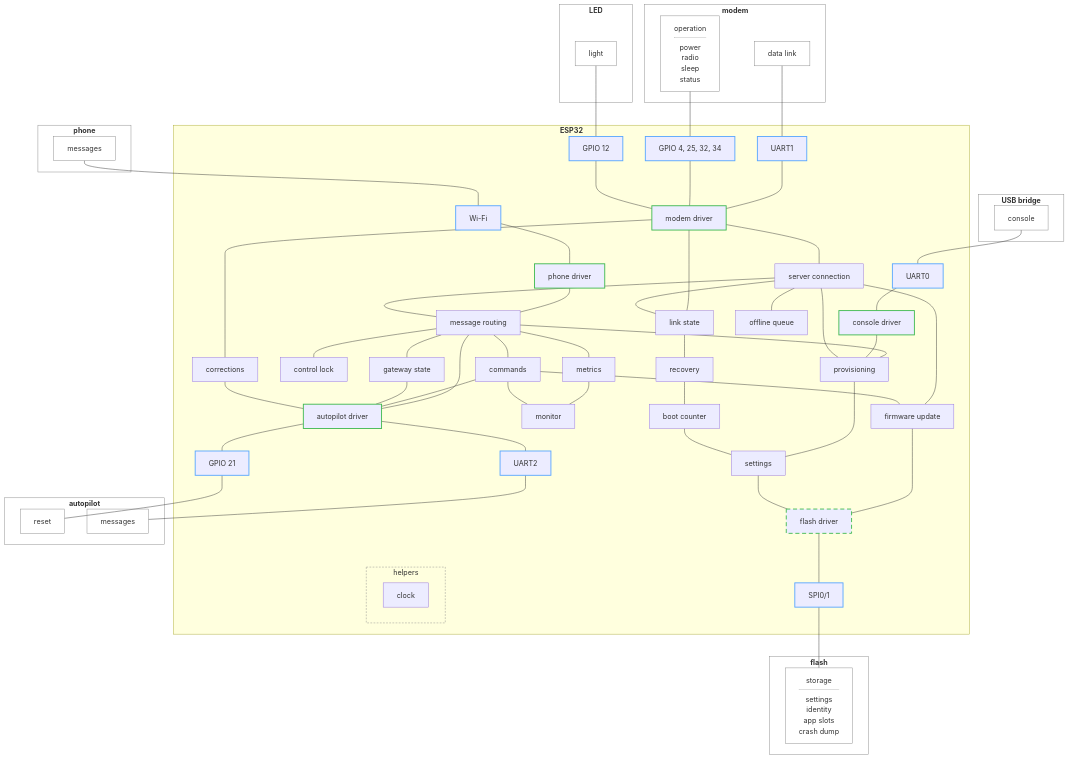
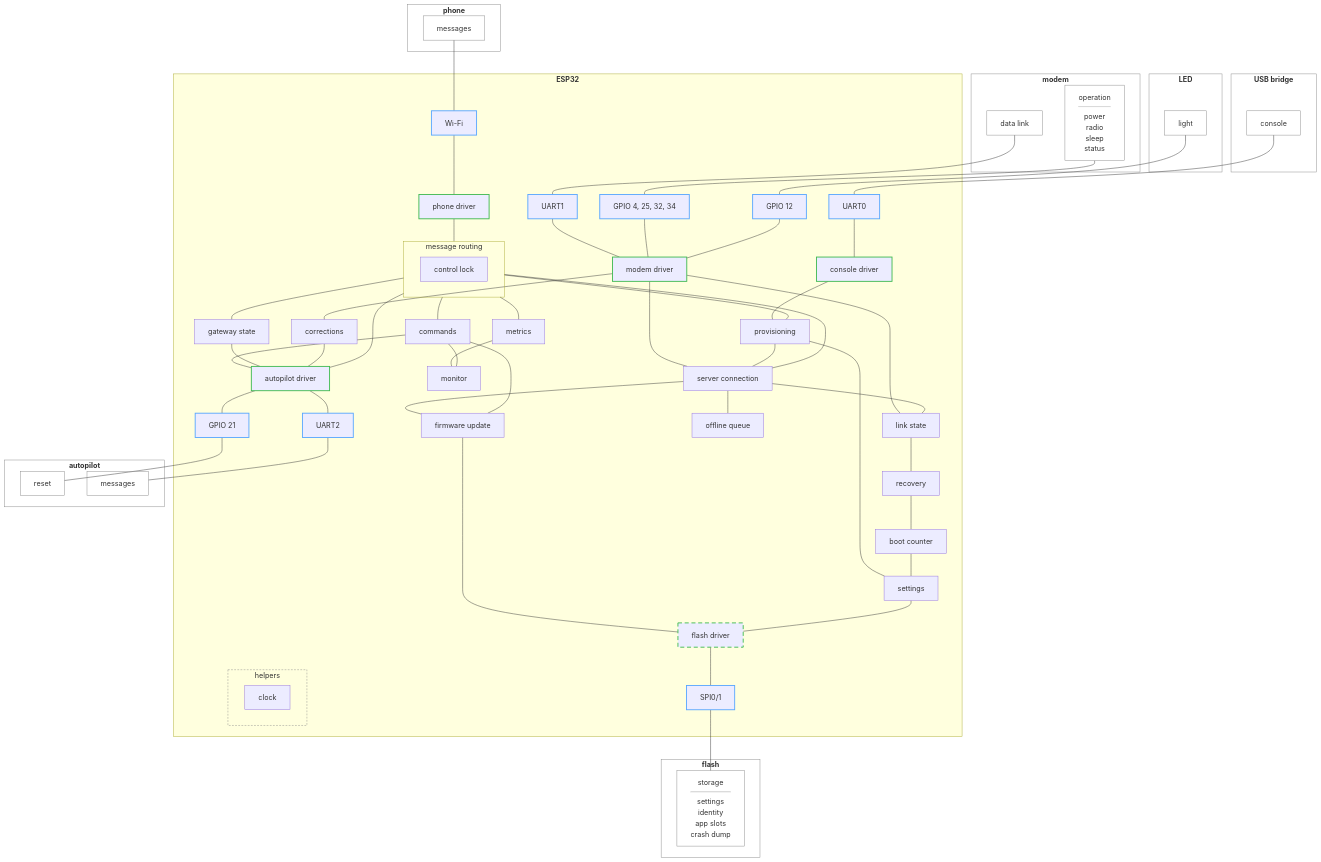
The diagram in .esp-architecture/diagrams/block-draft.md (rmx-lt/rmx-mower-gateway), drawn with Mermaid before and after one commit.

Commit message:
Draft: message routing contains the control lock

````diff
--- a/.esp-architecture/diagrams/block-draft.md
+++ b/.esp-architecture/diagrams/block-draft.md
@@ -29,8 +29,9 @@
     con["console driver"]
     ntrip["corrections"]
     mqtt["server connection"]
-    msg["message routing"]
-    lock["control lock"]
+    subgraph msg["message routing"]
+      lock["control lock"]
+    end
     prov["provisioning"]
     cmd["commands"]
     upd["firmware update"]
@@ -71,7 +72,6 @@
   mqtt --- ls
   mqtt --- msg
   mqtt --- upd
-  msg --- lock
   msg --- cmd
   msg --- state
   msg --- met
@@ -101,6 +101,8 @@
   class fs sysdriver
   classDef helpers fill:none,stroke:#888,stroke-dasharray:4 3
   class help helpers
+  classDef block fill:none
+  class msg block
   classDef device fill:none,stroke:#888
   class modem,mdata,mctl,led,lparts,ap,amsg,areset,ph,pparts,usb,uparts,fl,fparts device
 ```
````
